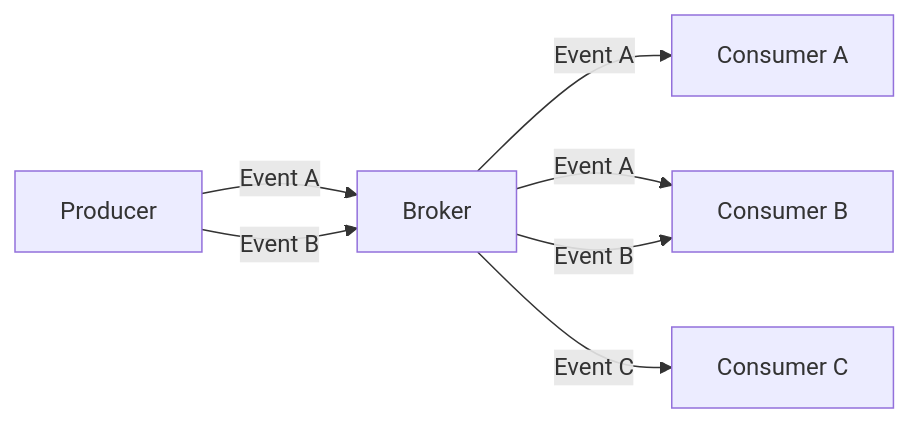
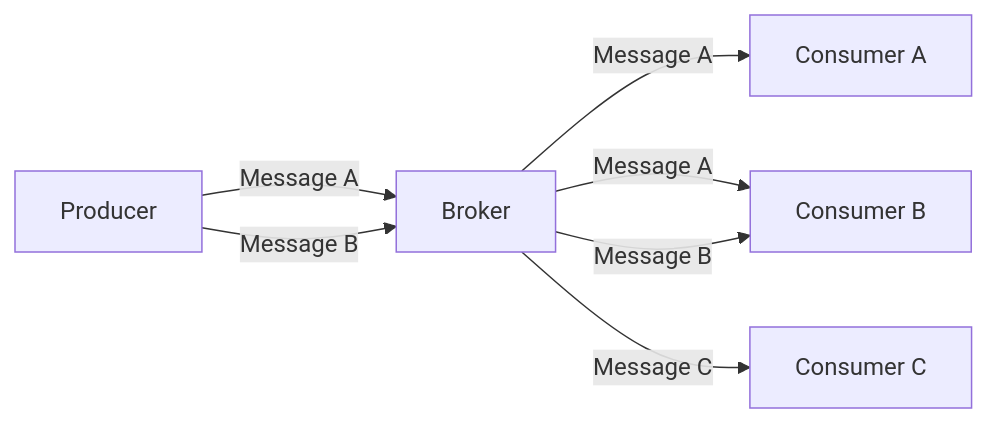
One commit to mamezou-tech/mamezou-tech-site changed the first of 2 diagrams in src/posts/blogs/2023/0821_asyncapi-and-ecosystem.md. Above: the diagram before and after it, drawn with Mermaid. The commit also changed other lines of this file, not shown here.

````diff
--- a/src/posts/blogs/2023/0821_asyncapi-and-ecosystem.md
+++ b/src/posts/blogs/2023/0821_asyncapi-and-ecosystem.md
@@ -45,15 +49,15 @@
 ```mermaid
 graph LR
     P[Producer]
     B[Broker]
     CA[Consumer A]
     CB[Consumer B]
     CC[Consumer C]
 
-    P -->|Event A| B
-    P -->|Event B| B
-    B -->|Event A| CA
-    B -->|Event A| CB
-    B -->|Event B| CB
-    B -->|Event C| CC
+    P -->|Message A| B
+    P -->|Message B| B
+    B -->|Message A| CA
+    B -->|Message A| CB
+    B -->|Message B| CB
+    B -->|Message C| CC
 ```
````
